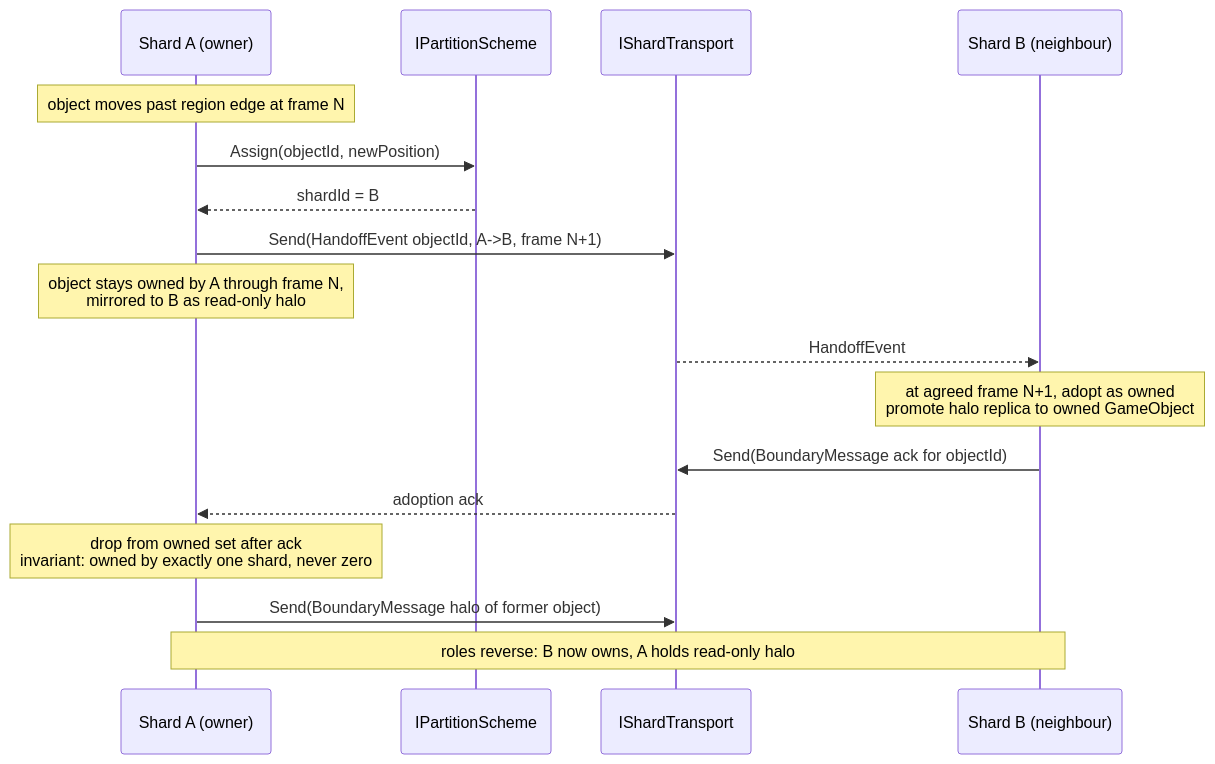
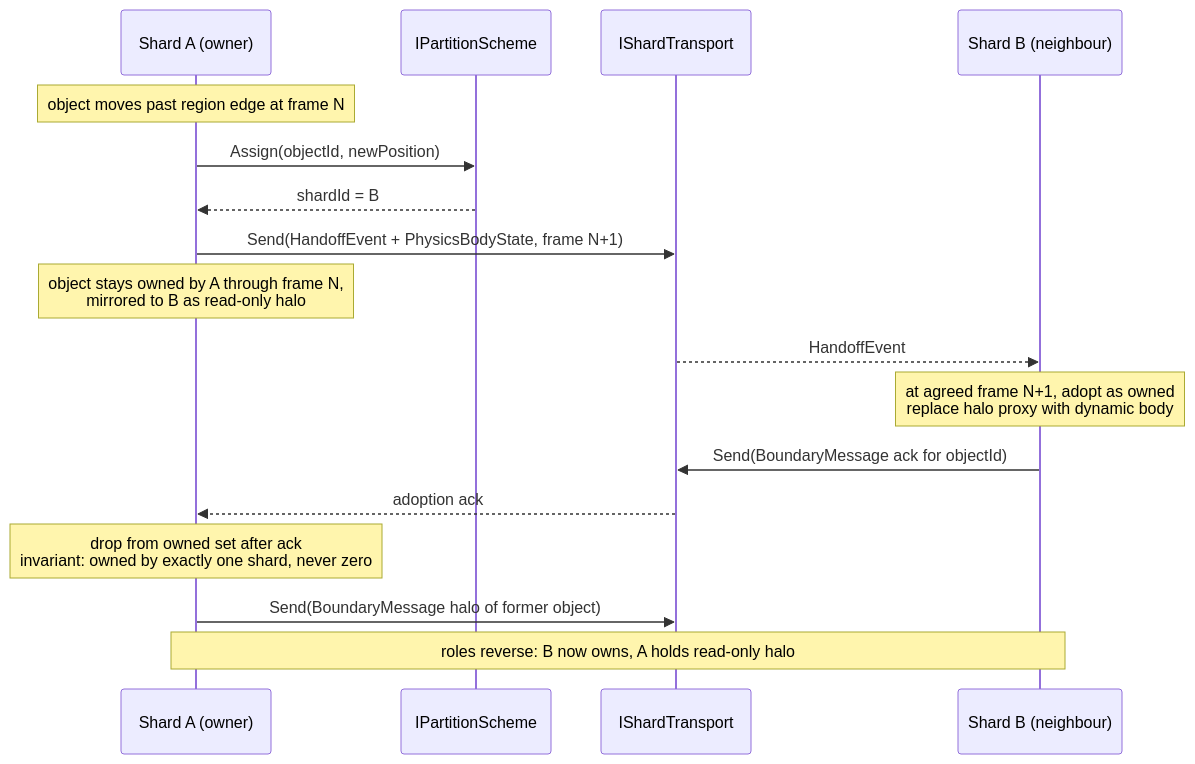
The third of 3 diagrams in docs/roadmap/deep-dives/b6-distributed-simulation.md (rmessinger/Panopticon), drawn with Mermaid before and after one commit. The commit also changed other lines of this file and 15 other files, not shown here.

First line of the commit message:
docs: expand Bepu object physics roadmap

````diff
--- a/docs/roadmap/deep-dives/b6-distributed-simulation.md
+++ b/docs/roadmap/deep-dives/b6-distributed-simulation.md
@@ -315,20 +345,20 @@
 ```mermaid
 sequenceDiagram
   participant SA as Shard A (owner)
   participant PS as IPartitionScheme
   participant XP as IShardTransport
   participant SB as Shard B (neighbour)
 
   Note over SA: object moves past region edge at frame N
   SA->>PS: Assign(objectId, newPosition)
   PS-->>SA: shardId = B
-  SA->>XP: Send(HandoffEvent objectId, A->B, frame N+1)
+  SA->>XP: Send(HandoffEvent + PhysicsBodyState, frame N+1)
   Note over SA: object stays owned by A through frame N,<br/>mirrored to B as read-only halo
   XP-->>SB: HandoffEvent
-  Note over SB: at agreed frame N+1, adopt as owned<br/>promote halo replica to owned GameObject
+  Note over SB: at agreed frame N+1, adopt as owned<br/>replace halo proxy with dynamic body
   SB->>XP: Send(BoundaryMessage ack for objectId)
   XP-->>SA: adoption ack
   Note over SA: drop from owned set after ack<br/>invariant: owned by exactly one shard, never zero
   SA->>XP: Send(BoundaryMessage halo of former object)
   Note over SA,SB: roles reverse: B now owns, A holds read-only halo
 ```
````
